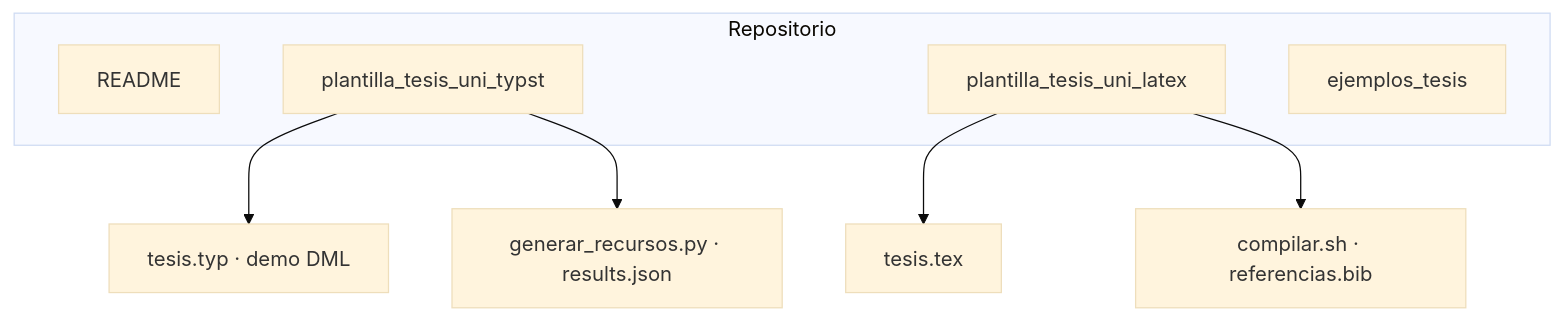
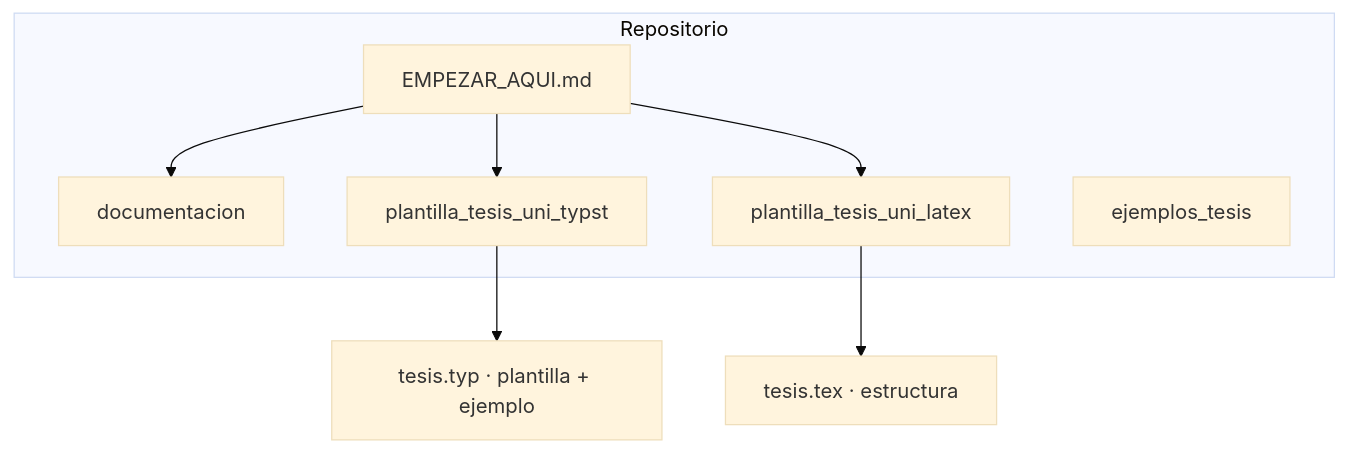
Before and after one commit to jelincovil/grupo_estudio_inferencia_causal_uni_peru: the diagram in README.md, drawn with Mermaid (base theme). The commit also changed other lines of this file and 10 other files, not shown here.

````diff
--- a/README.md
+++ b/README.md
@@ -66,13 +48,15 @@
 ```mermaid
 flowchart TB
-  subgraph raiz["Repositorio"]
-    R[README]
+  subgraph repo["Repositorio"]
+    G[EMPEZAR_AQUI.md]
+    Doc[documentacion]
     T[plantilla_tesis_uni_typst]
     L[plantilla_tesis_uni_latex]
     E[ejemplos_tesis]
   end
-  T --> T1[tesis.typ · demo DML]
-  T --> T2[generar_recursos.py · results.json]
-  L --> L1[tesis.tex]
-  L --> L2[compilar.sh · referencias.bib]
+  G --> Doc
+  G --> T
+  G --> L
+  T --> T1[tesis.typ · plantilla + ejemplo]
+  L --> L1[tesis.tex · estructura]
 ```
````
